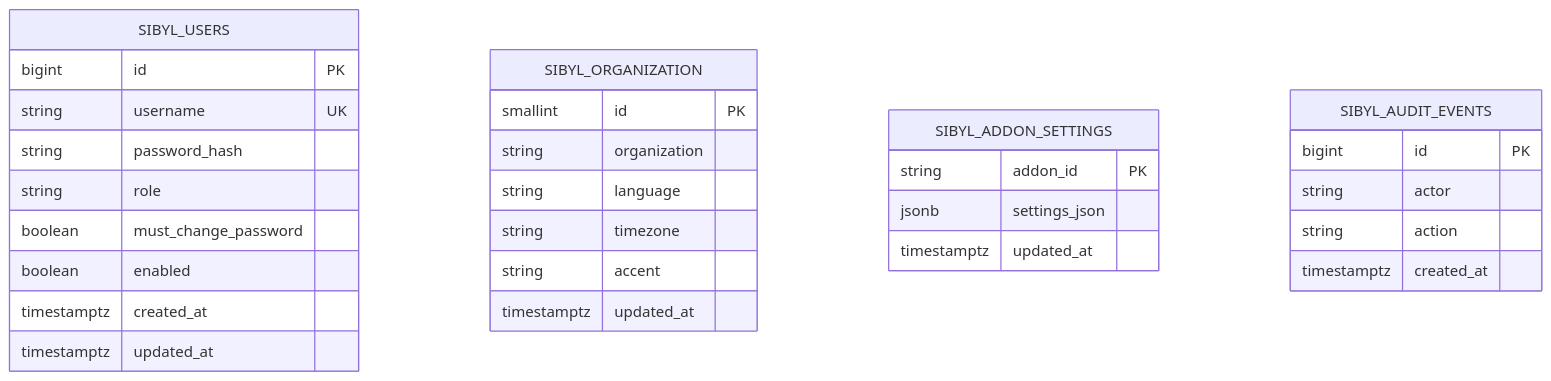
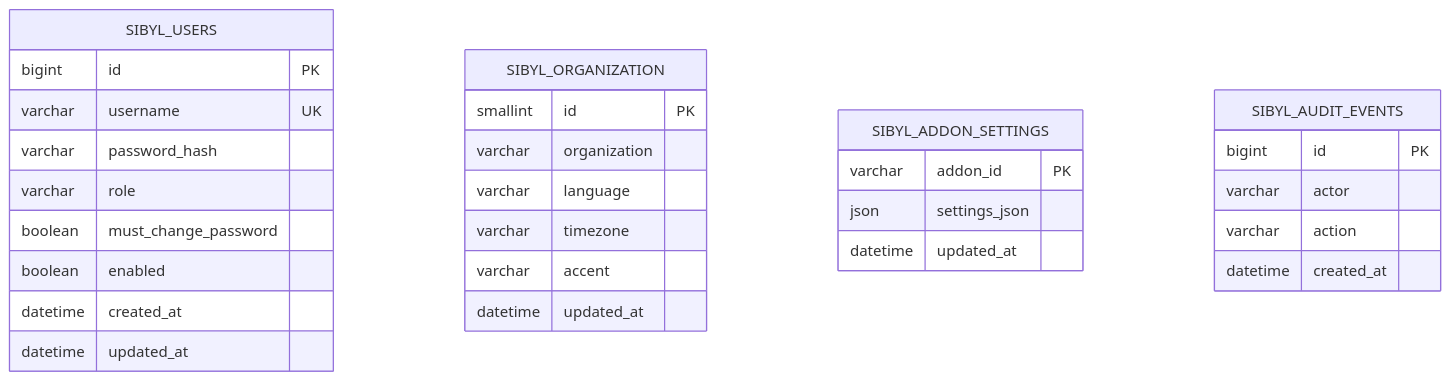
One commit to FionaAleksic/Sibyl_System changed the diagram in docs/STANDARD-INSTALLATION.md. Above: the diagram before and after it, drawn with Mermaid. The commit also changed other lines of this file, not shown here.

````diff
--- a/docs/STANDARD-INSTALLATION.md
+++ b/docs/STANDARD-INSTALLATION.md
@@ -50,32 +47,32 @@
 ```mermaid
 erDiagram
     SIBYL_USERS {
-      bigint id PK
-      string username UK
-      string password_hash
-      string role
-      boolean must_change_password
-      boolean enabled
-      timestamptz created_at
-      timestamptz updated_at
+        bigint id PK
+        varchar username UK
+        varchar password_hash
+        varchar role
+        boolean must_change_password
+        boolean enabled
+        datetime created_at
+        datetime updated_at
     }
     SIBYL_ORGANIZATION {
-      smallint id PK
-      string organization
-      string language
-      string timezone
-      string accent
-      timestamptz updated_at
+        smallint id PK
+        varchar organization
+        varchar language
+        varchar timezone
+        varchar accent
+        datetime updated_at
     }
     SIBYL_ADDON_SETTINGS {
-      string addon_id PK
-      jsonb settings_json
-      timestamptz updated_at
+        varchar addon_id PK
+        json settings_json
+        datetime updated_at
     }
     SIBYL_AUDIT_EVENTS {
-      bigint id PK
-      string actor
-      string action
-      timestamptz created_at
+        bigint id PK
+        varchar actor
+        varchar action
+        datetime created_at
     }
 ```
````
